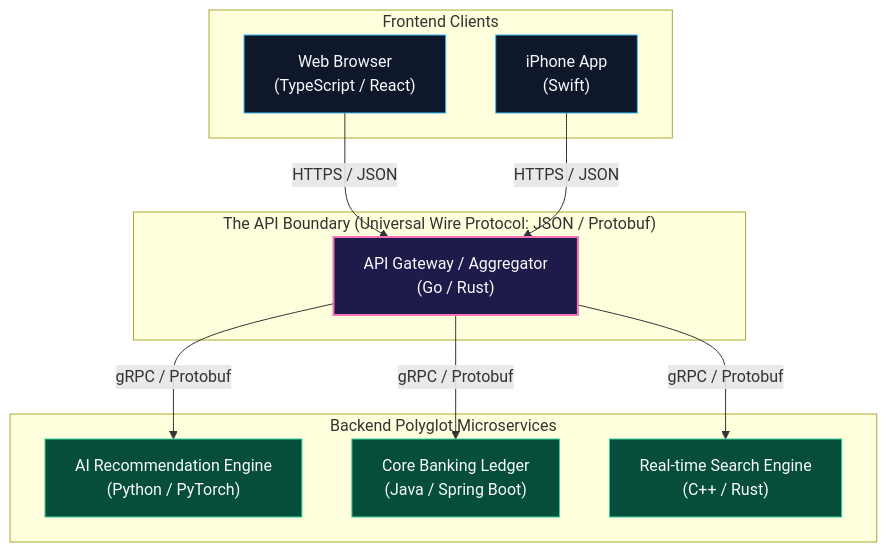
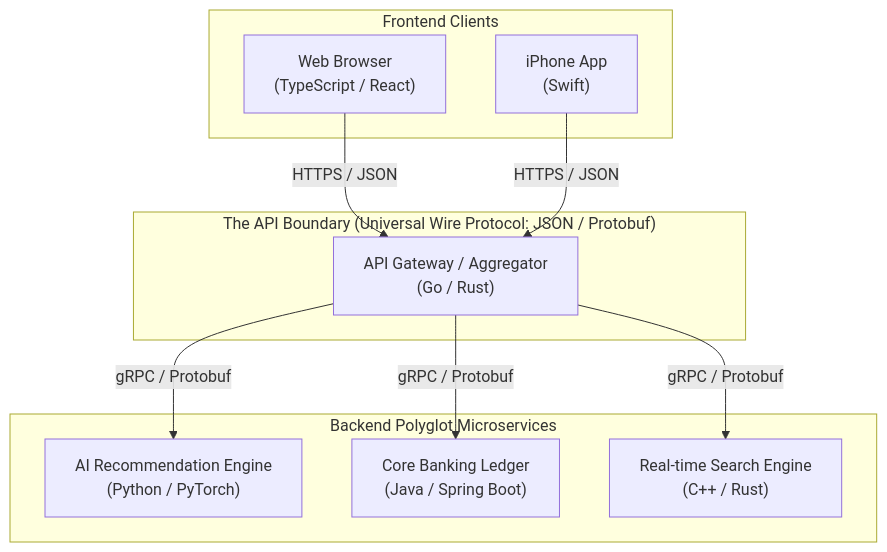
One commit to AkmKawser/System-Design changed the fifth of 50 diagrams in topics/0.FUNDAMENTALS/API Architecture and Design/output/Note_version-1_API_Architecture_and_Design/API_Architecture_and_Design.md. Above: the diagram before and after it, drawn with Mermaid. The commit also changed other lines of this file and 6 other files, not shown here.

Commit message:
fix(diagrams): remove dark fills and rects to ensure full visibility on GitHub light theme

````diff
--- a/topics/0.FUNDAMENTALS/API Architecture and Design/output/Note_version-1_API_Architecture_and_Design/API_Architecture_and_Design.md
+++ b/topics/0.FUNDAMENTALS/API Architecture and Design/output/Note_version-1_API_Architecture_and_Design/API_Architecture_and_Design.md
@@ -261,31 +244,23 @@
 ```mermaid
 flowchart TD
     subgraph Clients["Frontend Clients"]
         React["Web Browser\n(TypeScript / React)"]
         iOS["iPhone App\n(Swift)"]
     end
 
     subgraph APILayer["The API Boundary (Universal Wire Protocol: JSON / Protobuf)"]
         PublicAPI["API Gateway / Aggregator\n(Go / Rust)"]
     end
 
     subgraph PolyglotServices["Backend Polyglot Microservices"]
         MLService["AI Recommendation Engine\n(Python / PyTorch)"]
         BankService["Core Banking Ledger\n(Java / Spring Boot)"]
         SearchService["Real-time Search Engine\n(C++ / Rust)"]
     end
 
     React -->|"HTTPS / JSON"| PublicAPI
     iOS -->|"HTTPS / JSON"| PublicAPI
     PublicAPI -->|"gRPC / Protobuf"| MLService
     PublicAPI -->|"gRPC / Protobuf"| BankService
     PublicAPI -->|"gRPC / Protobuf"| SearchService
-
-    classDef client fill:#0f172a,stroke:#38bdf8,stroke-width:1px,color:#f8fafc;
-    classDef gw fill:#1e1b4b,stroke:#f472b6,stroke-width:2px,color:#f8fafc;
-    classDef poly fill:#064e3b,stroke:#34d399,stroke-width:1px,color:#f8fafc;
-
-    class React,iOS client;
-    class PublicAPI gw;
-    class MLService,BankService,SearchService poly;
 ```
````
